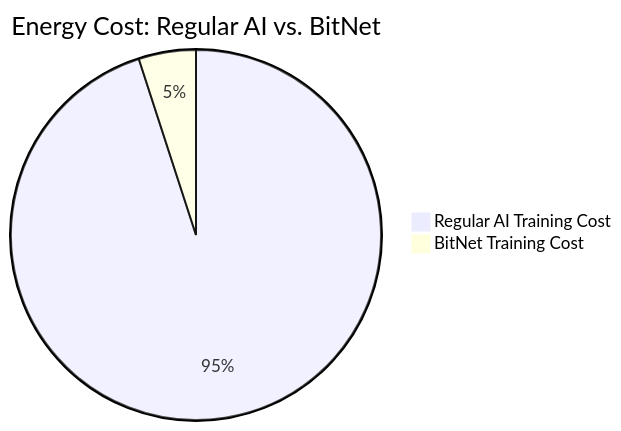
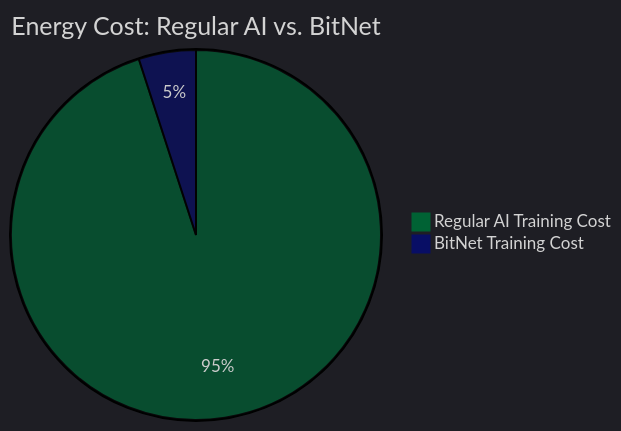
Before and after one commit to isaaclins/isaaclins.github.io: the fifth of 8 diagrams in content/blog/ai-models-for-your-toaster.md, drawn with Mermaid. The commit also changed other lines of this file, not shown here.

````diff
--- a/content/blog/ai-models-for-your-toaster.md
+++ b/content/blog/ai-models-for-your-toaster.md
@@ -148,8 +133,6 @@
 ```mermaid
-pie
-    title Energy Cost: Regular AI vs. BitNet
+%%{init: {'theme':'dark', 'themeVariables': {'pie1':'#006234FF', 'pie2':'#080E65FF'}}}%%
+pie title Energy Cost: Regular AI vs. BitNet
     "Regular AI Training Cost" : 95
     "BitNet Training Cost" : 5
-
-
 ```
````
